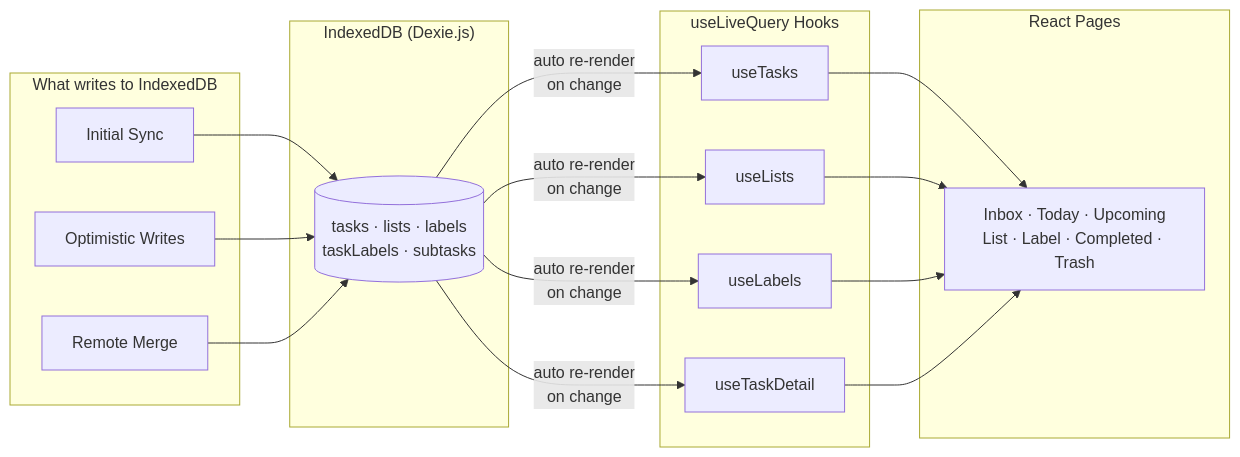
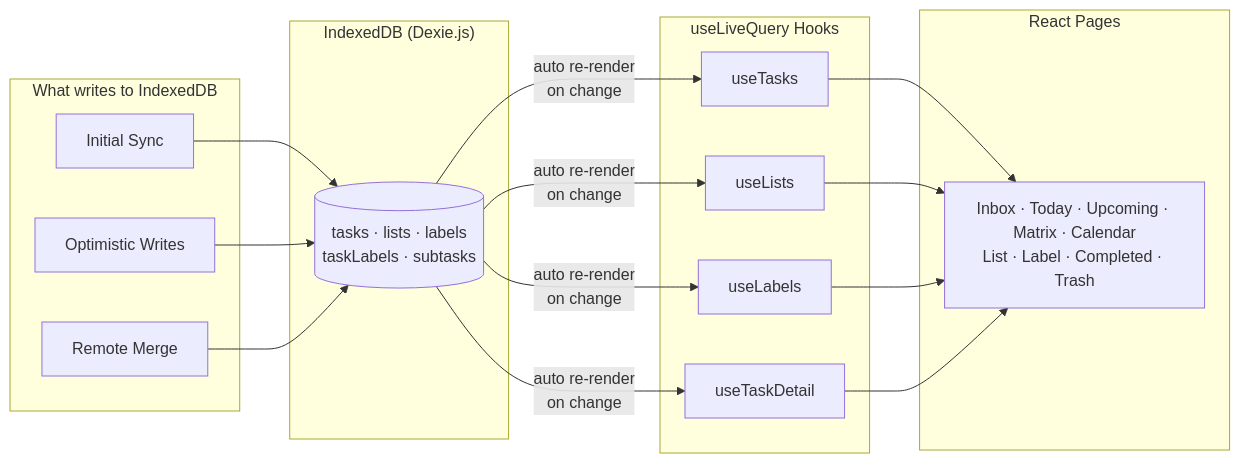
One commit to vasi1796/doit changed the diagram in docs/diagrams/004-read-path.md. Above: the diagram before and after it, drawn with Mermaid. The commit also changed 9 other files, not shown here.

````diff
--- a/docs/diagrams/004-read-path.md
+++ b/docs/diagrams/004-read-path.md
@@ -5,34 +5,34 @@
 ```mermaid
 flowchart LR
     subgraph Write["What writes to IndexedDB"]
         IS[Initial Sync]
         OW[Optimistic Writes]
         ME[Remote Merge]
     end
 
     subgraph IDB["IndexedDB (Dexie.js)"]
         DB[(tasks · lists · labels<br/>taskLabels · subtasks)]
     end
 
     subgraph Hooks["useLiveQuery Hooks"]
         UT[useTasks]
         UL[useLists]
         ULB[useLabels]
         UTD[useTaskDetail]
     end
 
     subgraph Pages["React Pages"]
-        P[Inbox · Today · Upcoming<br/>List · Label · Completed · Trash]
+        P[Inbox · Today · Upcoming · Matrix · Calendar<br/>List · Label · Completed · Trash]
     end
 
     IS --> DB
     OW --> DB
     ME --> DB
 
     DB -->|auto re-render<br/>on change| UT & UL & ULB & UTD
 
     UT --> P
     UL --> P
     ULB --> P
     UTD --> P
 ```
````
